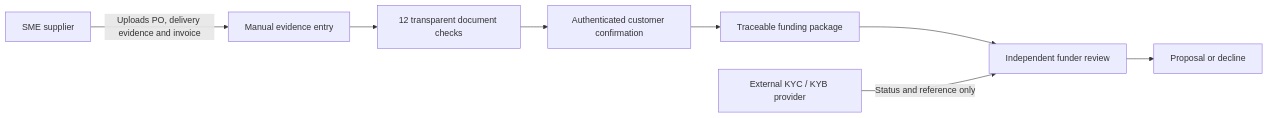
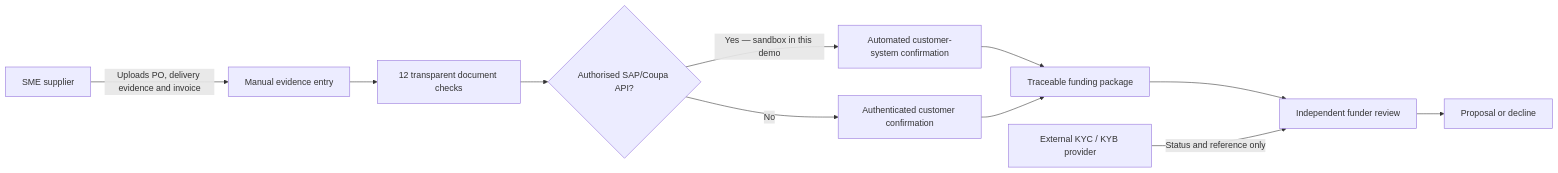
The first of 2 diagrams in README.md (Baraka-kileo/proofflow), drawn with Mermaid before and after one commit. The commit also changed other lines of this file, not shown here.

Commit message:
docs: update demo video and SAP/Coupa automation

````diff
--- a/README.md
+++ b/README.md
@@ -61,10 +77,13 @@
 ```mermaid
 flowchart LR
     SME["SME supplier"] -->|"Uploads PO, delivery evidence and invoice"| ENTRY["Manual evidence entry"]
     ENTRY --> RULES["12 transparent document checks"]
-    RULES --> BUYER["Authenticated customer confirmation"]
+    RULES --> API{"Authorised SAP/Coupa API?"}
+    API -->|"Yes — sandbox in this demo"| AUTO["Automated customer-system confirmation"]
+    API -->|"No"| BUYER["Authenticated customer confirmation"]
+    AUTO --> PACKAGE["Traceable funding package"]
     BUYER --> PACKAGE["Traceable funding package"]
     PACKAGE --> FUNDER["Independent funder review"]
     KYC["External KYC / KYB provider"] -->|"Status and reference only"| FUNDER
     FUNDER --> DECISION["Proposal or decline"]
 ```
````
